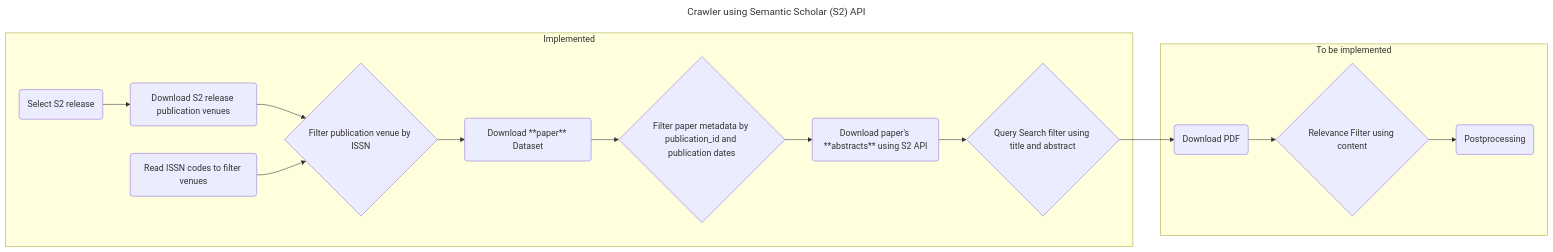
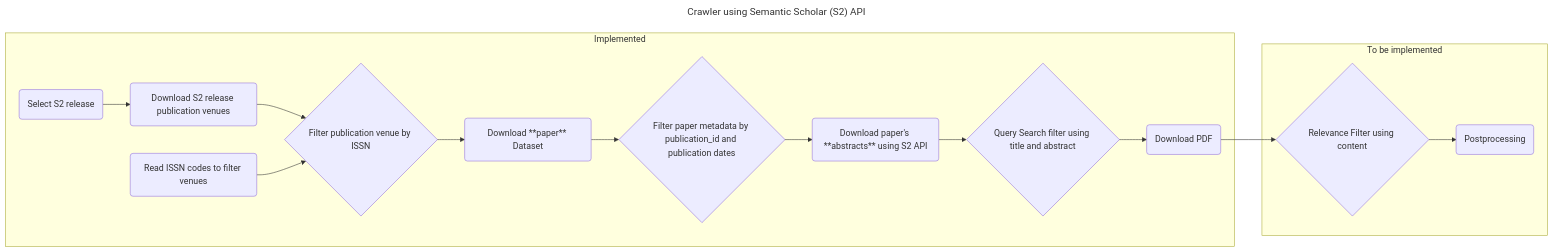
Before and after one commit to DFKI-NLP/kibad-crawler: the diagram in README.md, drawn with Mermaid. The commit also changed other lines of this file and 5 other files, not shown here.

````diff
--- a/README.md
+++ b/README.md
@@ -6,22 +6,22 @@
 ```mermaid
 ---
 title: Crawler using Semantic Scholar (S2) API
 ---
 flowchart LR
     subgraph Implemented
     release(Select S2 release) --> publication_venues
     publication_venues(Download S2 release publication venues)
     issn_codes(Read ISSN codes to filter venues)
     publication_venues --> filter_publication_venue{Filter publication venue by ISSN}
     issn_codes --> filter_publication_venue
     filter_publication_venue --> paper_dataset(Download **paper** Dataset)
     paper_dataset --> filter_dates{Filter paper metadata by publication_id and publication dates}
     filter_dates --> abstract_dataset(Download paper's **abstracts** using S2 API)
     abstract_dataset --> search_string{Query Search filter using title and abstract}
+    search_string --> download_pdf(Download PDF)
     end
     subgraph To be implemented
-    search_string --> download_pdf(Download PDF)
     download_pdf --> relevance_filter{Relevance Filter using content}
     relevance_filter --> postprocessing(Postprocessing)
     end
 ```
````
